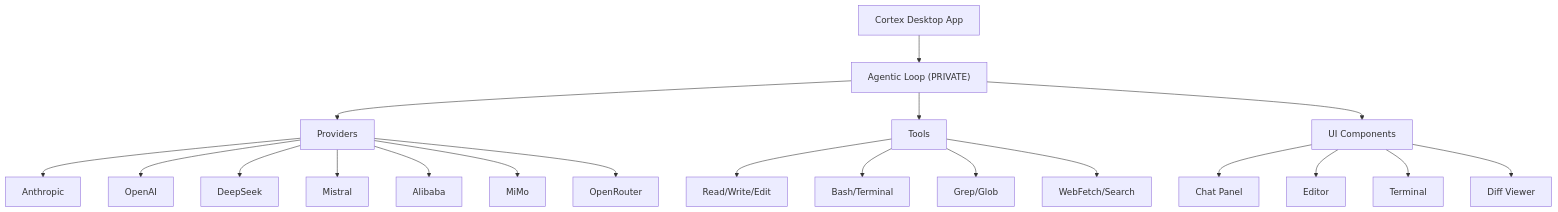
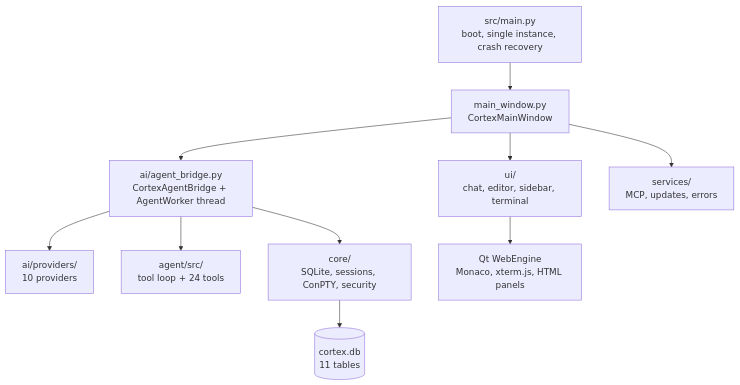
One commit to Cortex-AI-IDE/Cortex-Desktop changed the diagram in README.md. Above: the diagram before and after it, drawn with Mermaid. The commit also changed other lines of this file and 3222 other files, not shown here.

````diff
--- a/README.md
+++ b/README.md
@@ -59,22 +359,12 @@
 ```mermaid
 graph TD
-    A["Cortex Desktop App"] --> B["Agentic Loop (PRIVATE)"]
-    B --> C["Providers"]
-    C --> D["Anthropic"]
-    C --> E["OpenAI"]
-    C --> F["DeepSeek"]
-    C --> G["Mistral"]
-    C --> H["Alibaba"]
-    C --> I["MiMo"]
-    C --> J["OpenRouter"]
-    B --> K["Tools"]
-    K --> L["Read/Write/Edit"]
-    K --> M["Bash/Terminal"]
-    K --> N["Grep/Glob"]
-    K --> O["WebFetch/Search"]
-    B --> P["UI Components"]
-    P --> Q["Chat Panel"]
-    P --> R["Editor"]
-    P --> S["Terminal"]
-    P --> T["Diff Viewer"]
+    A["src/main.py<br/>boot, single instance, crash recovery"] --> B["main_window.py<br/>CortexMainWindow"]
+    B --> C["ui/<br/>chat, editor, sidebar, terminal"]
+    B --> D["ai/agent_bridge.py<br/>CortexAgentBridge + AgentWorker thread"]
+    D --> E["ai/providers/<br/>10 providers"]
+    D --> F["agent/src/<br/>tool loop + 24 tools"]
+    D --> G["core/<br/>SQLite, sessions, ConPTY, security"]
+    G --> H[("cortex.db<br/>11 tables")]
+    B --> I["services/<br/>MCP, updates, errors"]
+    C --> J["Qt WebEngine<br/>Monaco, xterm.js, HTML panels"]
 ```
````
